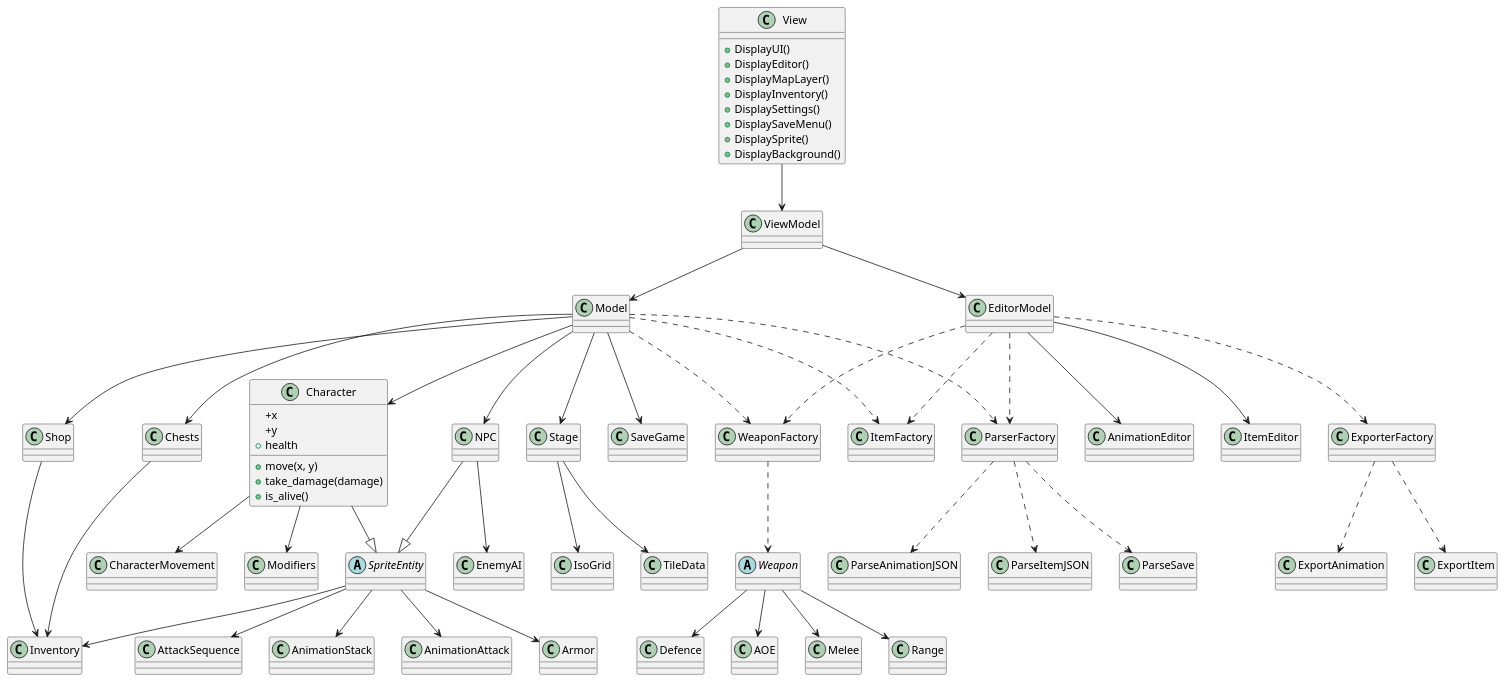
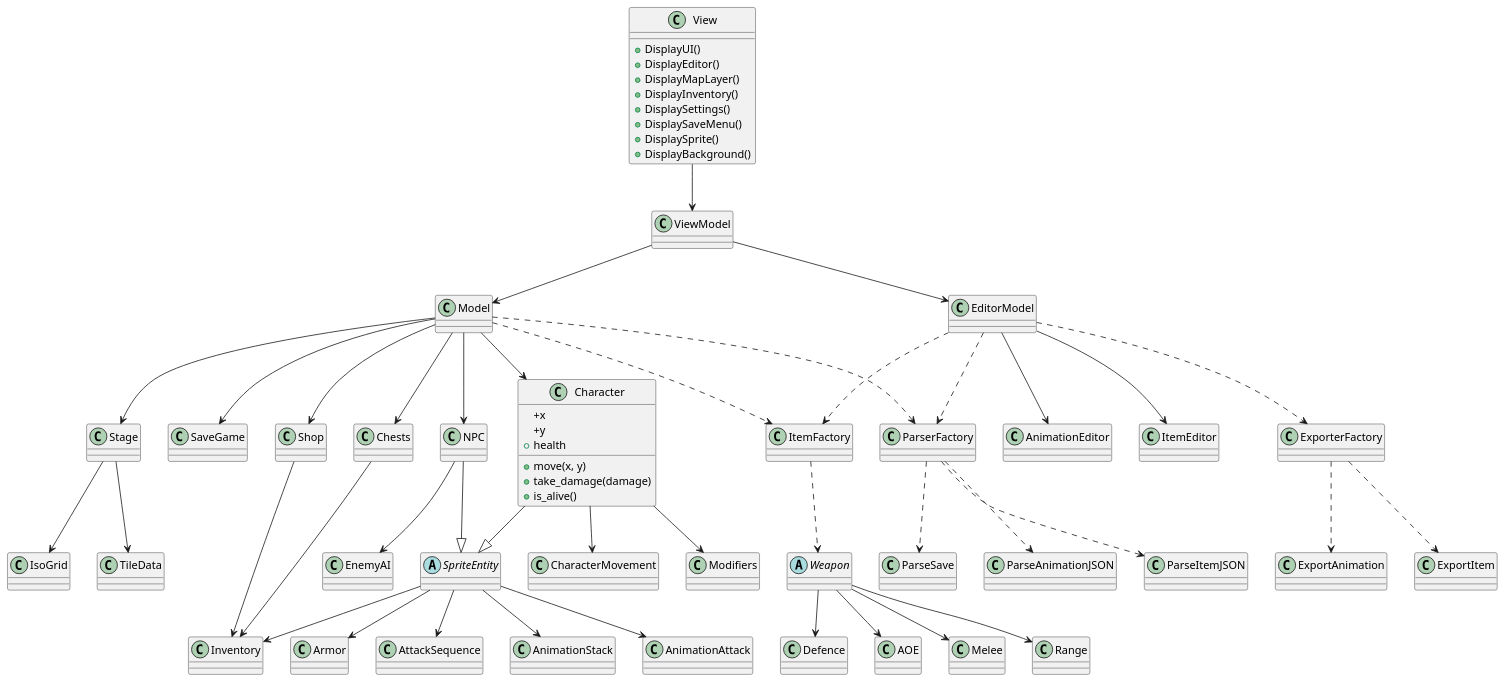
Before and after one commit to Uthjos/Project-Lapis-: the diagram in Design/Class Diagram.puml, drawn with PlantUML.

Commit message:
removed weapon factory as it was redundant and weapon is basically an item

```diff
--- a/Design/Class Diagram.puml
+++ b/Design/Class Diagram.puml
@@ -61,10 +61,6 @@
 }
 
 class ItemFactory {
-
-}
-
-class WeaponFactory{
 
 }
 
@@ -164,7 +160,6 @@
 EditorModel ..> ParserFactory
 EditorModel --> ItemEditor
 EditorModel --> AnimationEditor
-EditorModel ..> WeaponFactory
 EditorModel ..> ItemFactory
 
 Model --> Stage
@@ -172,7 +167,6 @@
 Model --> NPC
 Model --> SaveGame
 Model ..> ParserFactory
-Model ..> WeaponFactory
 Model --> Chests
 Model --> Shop
 Model ..> ItemFactory
@@ -199,7 +193,7 @@
 ExporterFactory ..> ExportItem
 ExporterFactory ..> ExportAnimation
 
-WeaponFactory ..> Weapon
+ItemFactory ..> Weapon
 
 Weapon --> Melee
 Weapon --> Range
```
